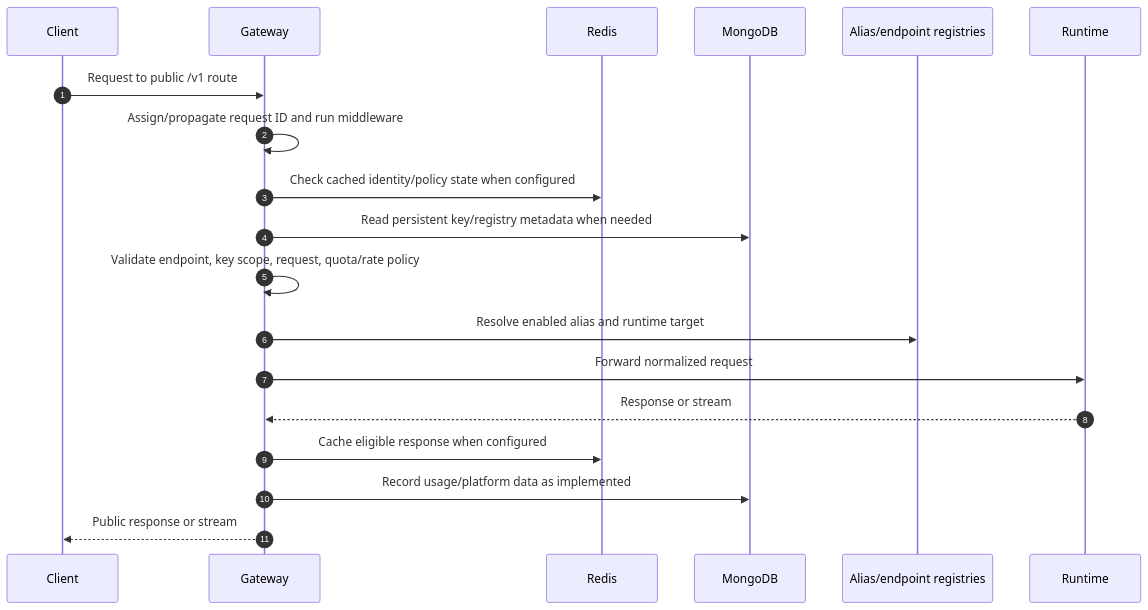
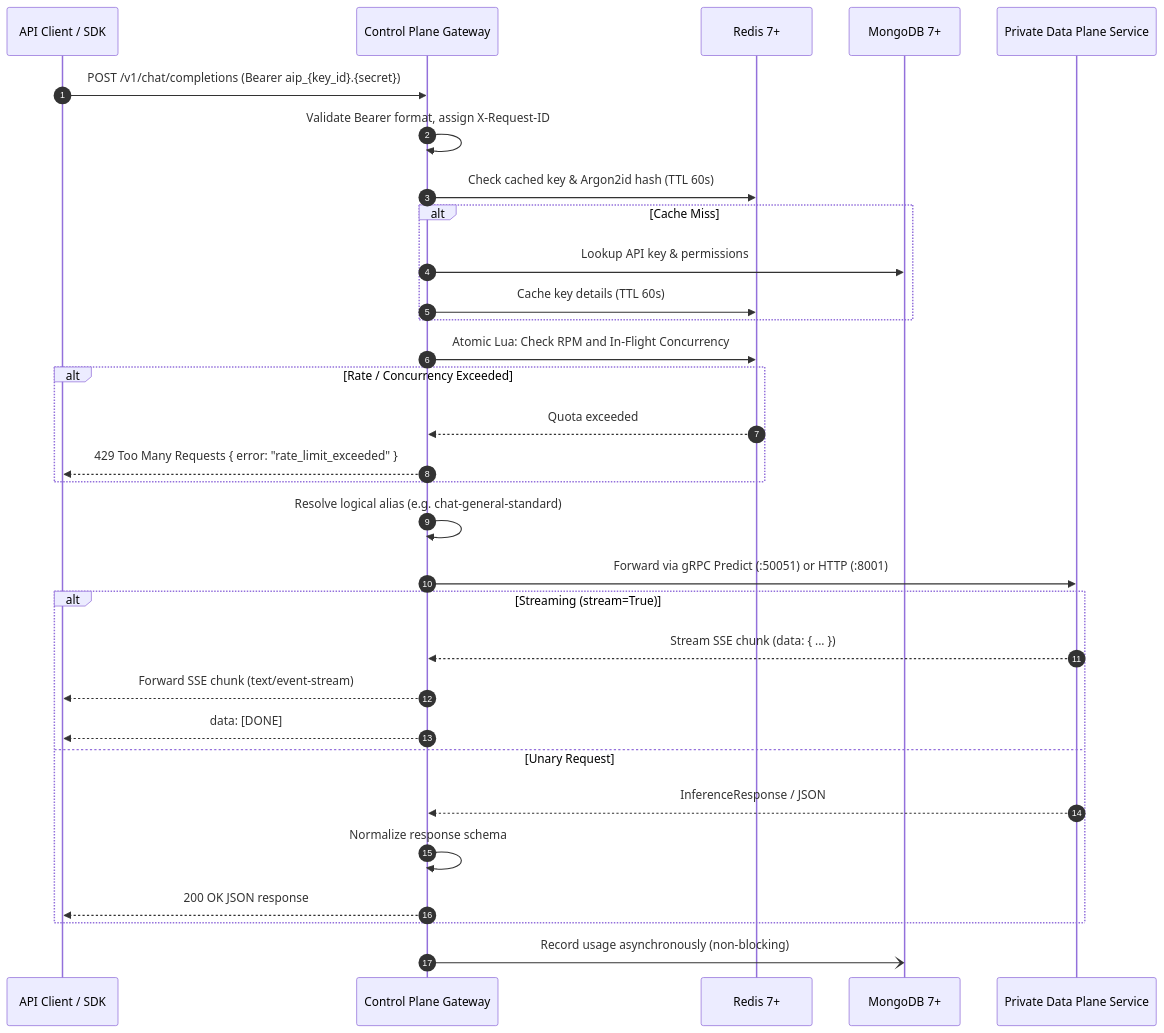
One commit to namle682004-coder/ai_platform changed the second of 3 diagrams in architecture.md. Above: the diagram before and after it, drawn with Mermaid. The commit also changed other lines of this file and 314 other files, not shown here.

Commit message:
feat(arch): migrate monorepo to apps/ layout, upgrade dispatcher-worker to DCP architecture, update architecture.md and README

````diff
--- a/architecture.md
+++ b/architecture.md
@@ -196,22 +373,34 @@
 ```mermaid
 sequenceDiagram
     autonumber
-    participant C as Client
-    participant G as Gateway
-    participant R as Redis
-    participant M as MongoDB
-    participant A as Alias/endpoint registries
-    participant RT as Runtime
+    participant Client as API Client / SDK
+    participant CP as Control Plane Gateway
+    participant Redis as Redis 7+
+    participant Mongo as MongoDB 7+
+    participant Runtime as Private Data Plane Service
 
-    C->>G: Request to public /v1 route
-    G->>G: Assign/propagate request ID and run middleware
-    G->>R: Check cached identity/policy state when configured
-    G->>M: Read persistent key/registry metadata when needed
-    G->>G: Validate endpoint, key scope, request, quota/rate policy
-    G->>A: Resolve enabled alias and runtime target
-    G->>RT: Forward normalized request
-    RT-->>G: Response or stream
-    G->>R: Cache eligible response when configured
-    G->>M: Record usage/platform data as implemented
-    G-->>C: Public response or stream
+    Client->>CP: POST /v1/chat/completions (Bearer aip_{key_id}.{secret})
+    CP->>CP: Validate Bearer format, assign X-Request-ID
+    CP->>Redis: Check cached key & Argon2id hash (TTL 60s)
+    alt Cache Miss
+        CP->>Mongo: Lookup API key & permissions
+        CP->>Redis: Cache key details (TTL 60s)
+    end
+    CP->>Redis: Atomic Lua: Check RPM and In-Flight Concurrency
+    alt Rate / Concurrency Exceeded
+        Redis-->>CP: Quota exceeded
+        CP-->>Client: 429 Too Many Requests { error: "rate_limit_exceeded" }
+    end
+    CP->>CP: Resolve logical alias (e.g. chat-general-standard)
+    CP->>Runtime: Forward via gRPC Predict (:50051) or HTTP (:8001)
+    alt Streaming (stream=True)
+        Runtime-->>CP: Stream SSE chunk (data: { ... })
+        CP-->>Client: Forward SSE chunk (text/event-stream)
+        CP-->>Client: data: [DONE]
+    else Unary Request
+        Runtime-->>CP: InferenceResponse / JSON
+        CP->>CP: Normalize response schema
+        CP-->>Client: 200 OK JSON response
+    end
+    CP-)Mongo: Record usage asynchronously (non-blocking)
 ```
````
